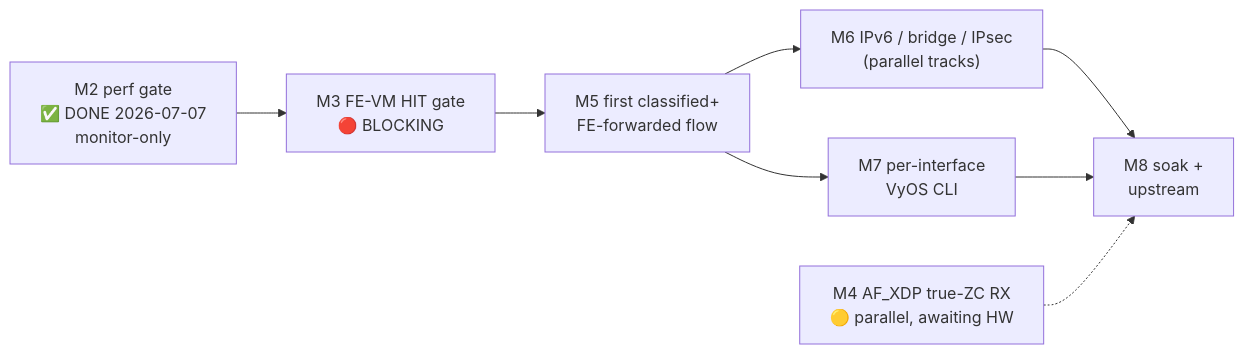
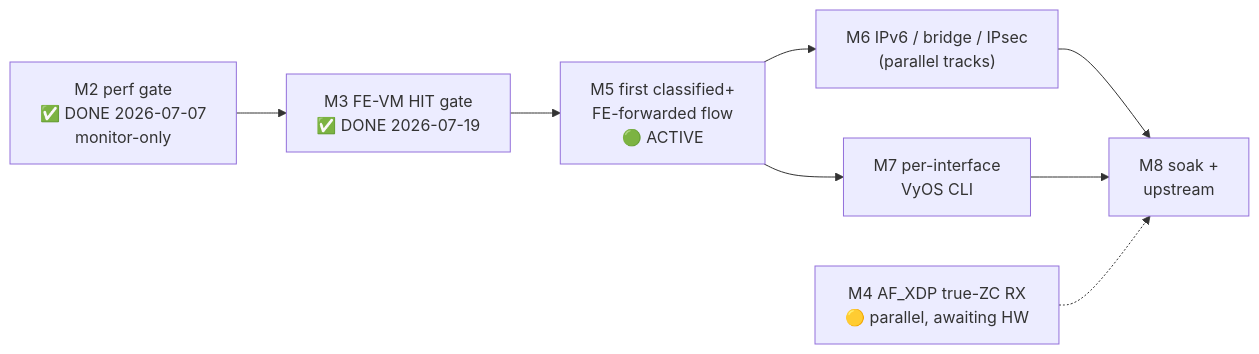
Before and after one commit to Daegara/vyos-ls1046a-build: the diagram in plans/ASK2-MASTER-PLAN.md, drawn with Mermaid. The commit also changed other lines of this file and 21 other files, not shown here.

First line of the commit message:
feat(M5): fix ask_hw.c engage — read FE offsets from debugfs, proven M3 sequence

````diff
--- a/plans/ASK2-MASTER-PLAN.md
+++ b/plans/ASK2-MASTER-PLAN.md
@@ -159,10 +167,10 @@
 ```mermaid
 graph LR
-    M2["M2 perf gate<br/>✅ DONE 2026-07-07<br/>monitor-only"] --> M3["M3 FE-VM HIT gate<br/>🔴 BLOCKING"]
-    M3 --> M5["M5 first classified+<br/>FE-forwarded flow"]
+    M2["M2 perf gate<br/>✅ DONE 2026-07-07<br/>monitor-only"] --> M3["M3 FE-VM HIT gate<br/>✅ DONE 2026-07-19"]
+    M3 --> M5["M5 first classified+<br/>FE-forwarded flow<br/>🟢 ACTIVE"]
     M5 --> M6["M6 IPv6 / bridge / IPsec<br/>(parallel tracks)"]
     M5 --> M7["M7 per-interface<br/>VyOS CLI"]
     M6 --> M8["M8 soak +<br/>upstream"]
     M7 --> M8
     M4["M4 AF_XDP true-ZC RX<br/>🟡 parallel, awaiting HW"] -.-> M8
 ```
````
